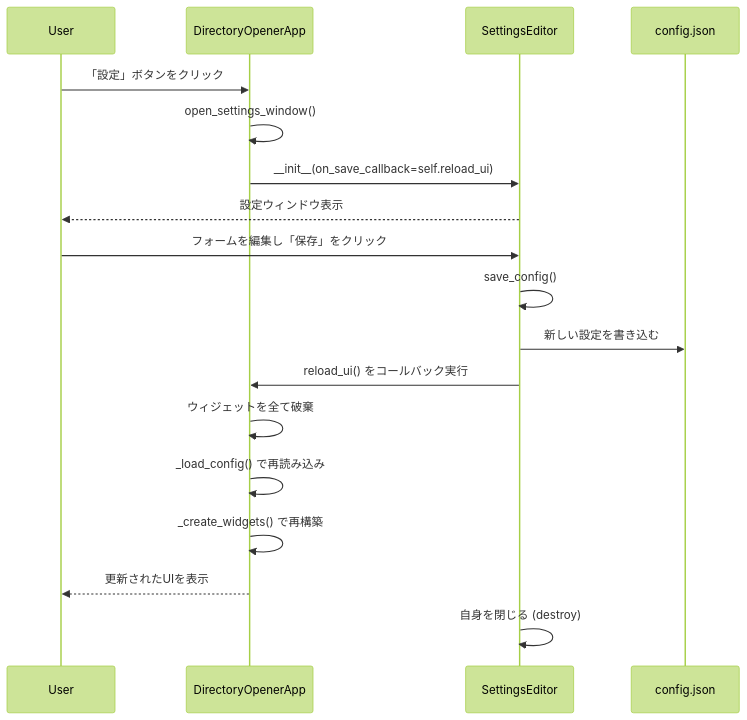
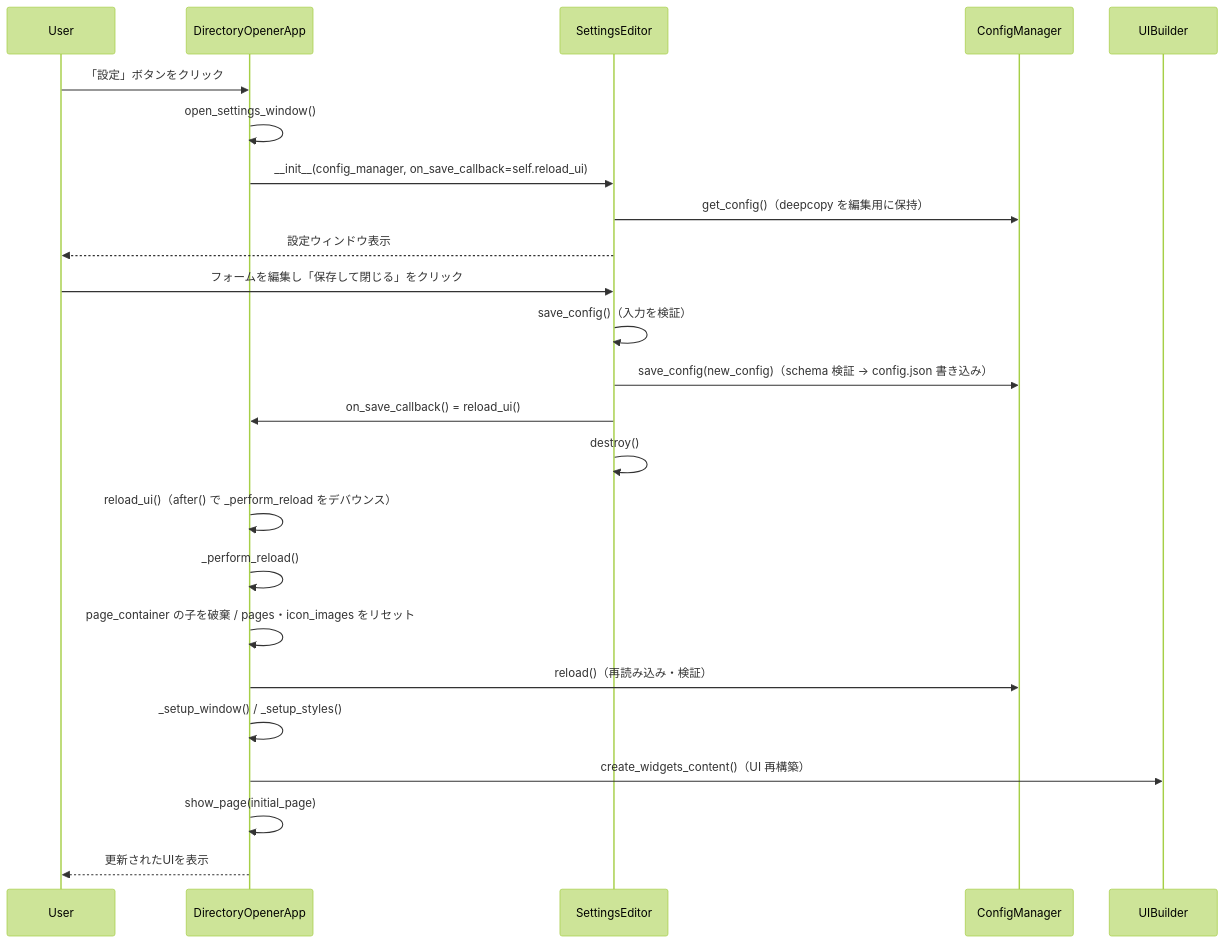
The diagram in 81_open_shortcut/docs/diagrams/reload_sequence.md (kageyama-aoi/Python), drawn with Mermaid (forest theme) before and after one commit. The commit also changed 5 other files, not shown here.

````diff
--- a/81_open_shortcut/docs/diagrams/reload_sequence.md
+++ b/81_open_shortcut/docs/diagrams/reload_sequence.md
@@ -1,22 +1,29 @@
 ```mermaid
 sequenceDiagram
     participant User
     participant App as DirectoryOpenerApp
     participant Editor as SettingsEditor
-    participant config.json
+    participant CM as ConfigManager
+    participant Builder as UIBuilder
 
     User->>App: 「設定」ボタンをクリック
     App->>App: open_settings_window()
-    App->>Editor: __init__(on_save_callback=self.reload_ui)
+    App->>Editor: __init__(config_manager, on_save_callback=self.reload_ui)
+    Editor->>CM: get_config()（deepcopy を編集用に保持）
     Editor-->>User: 設定ウィンドウ表示
 
-    User->>Editor: フォームを編集し「保存」をクリック
-    Editor->>Editor: save_config()
-    Editor->>config.json: 新しい設定を書き込む
-    Editor->>App: reload_ui() をコールバック実行
-    App->>App: ウィジェットを全て破棄
-    App->>App: _load_config() で再読み込み
-    App->>App: _create_widgets() で再構築
+    User->>Editor: フォームを編集し「保存して閉じる」をクリック
+    Editor->>Editor: save_config()（入力を検証）
+    Editor->>CM: save_config(new_config)（schema 検証 → config.json 書き込み）
+    Editor->>App: on_save_callback() = reload_ui()
+    Editor->>Editor: destroy()
+
+    App->>App: reload_ui()（after() で _perform_reload をデバウンス）
+    App->>App: _perform_reload()
+    App->>App: page_container の子を破棄 / pages・icon_images をリセット
+    App->>CM: reload()（再読み込み・検証）
+    App->>App: _setup_window() / _setup_styles()
+    App->>Builder: create_widgets_content()（UI 再構築）
+    App->>App: show_page(initial_page)
     App-->>User: 更新されたUIを表示
-    Editor->>Editor: 自身を閉じる (destroy)
 ```
````
